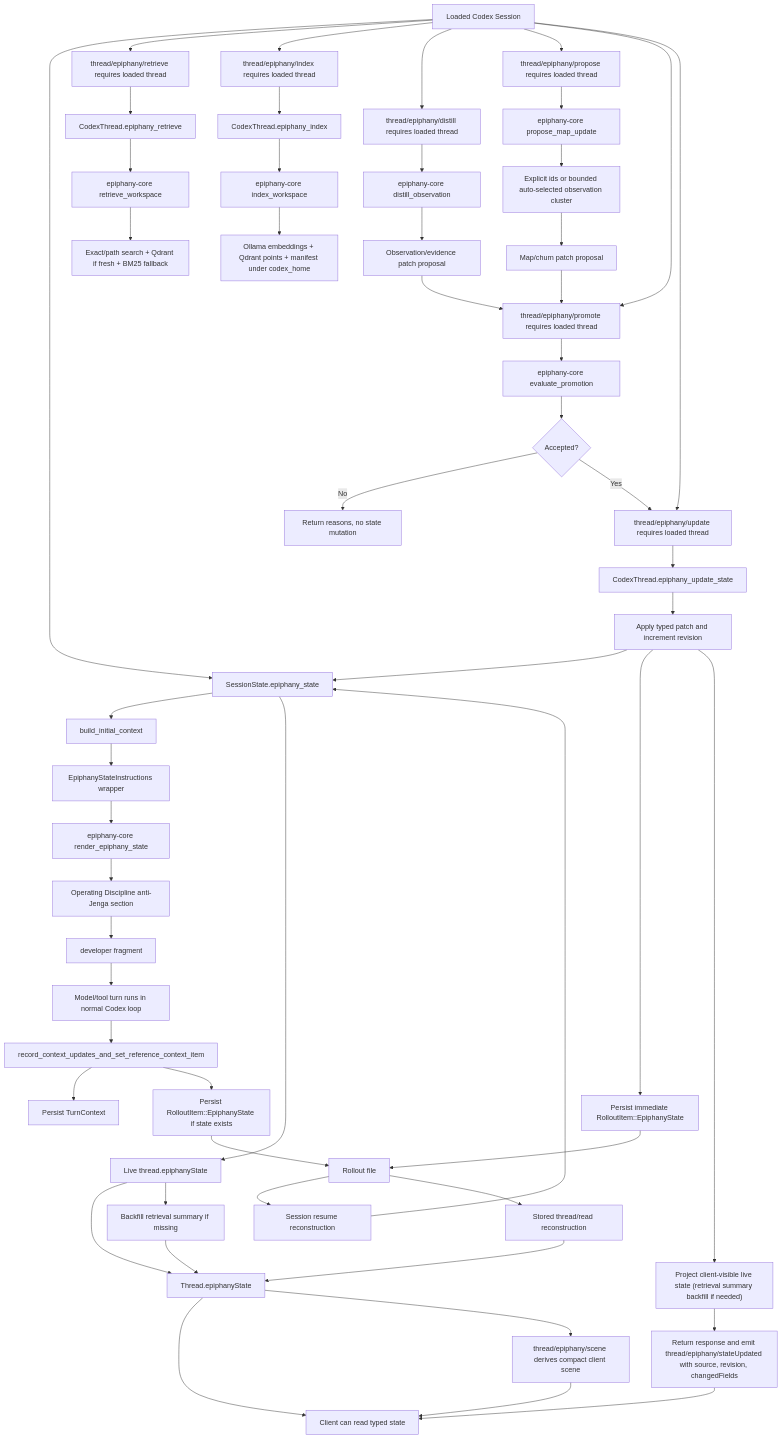
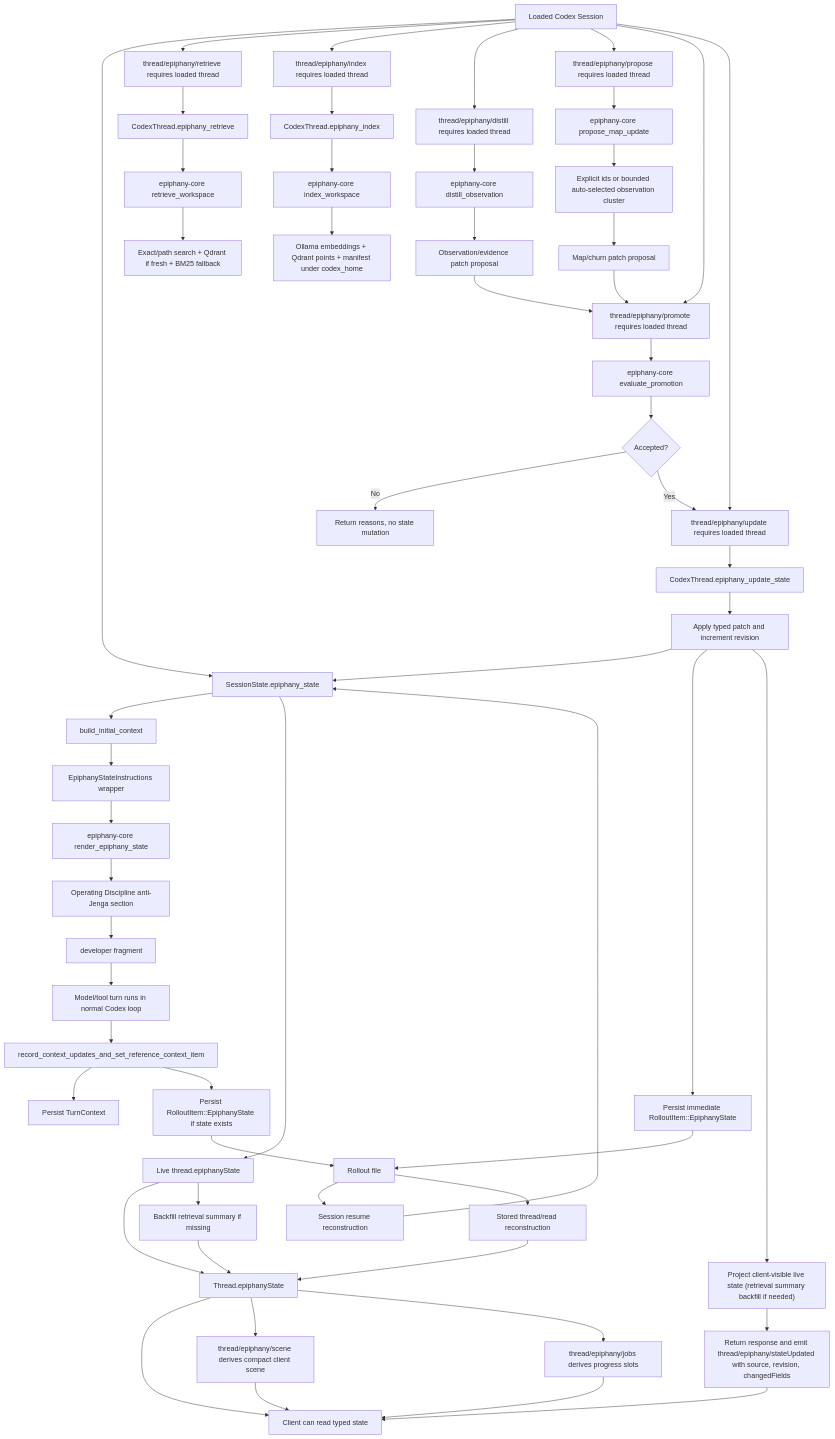
Before and after one commit to GameCult/Epiphany: the diagram in notes/epiphany-current-algorithmic-map.md, drawn with Mermaid. The commit also changed other lines of this file and 18 other files, not shown here.

````diff
--- a/notes/epiphany-current-algorithmic-map.md
+++ b/notes/epiphany-current-algorithmic-map.md
@@ -39,56 +40,58 @@
 ```mermaid
 flowchart TD
     A["Loaded Codex Session"] --> B["SessionState.epiphany_state"]
     B --> C["build_initial_context"]
     C --> D["EpiphanyStateInstructions wrapper"]
     D --> E["epiphany-core render_epiphany_state"]
     E --> EA["Operating Discipline anti-Jenga section"]
     EA --> F["<epiphany_state> developer fragment"]
     F --> G["Model/tool turn runs in normal Codex loop"]
     G --> H["record_context_updates_and_set_reference_context_item"]
     H --> I["Persist TurnContext"]
     H --> J["Persist RolloutItem::EpiphanyState if state exists"]
     J --> K["Rollout file"]
     K --> L["Session resume reconstruction"]
     L --> B
     K --> M["Stored thread/read reconstruction"]
     M --> N["Thread.epiphanyState"]
     B --> O["Live thread.epiphanyState"]
     O --> N
     O --> P["Backfill retrieval summary if missing"]
     P --> N
     N --> Q["Client can read typed state"]
     N --> QS["thread/epiphany/scene derives compact client scene"]
     QS --> Q
+    N --> QJ["thread/epiphany/jobs derives progress slots"]
+    QJ --> Q
     A --> R["thread/epiphany/retrieve requires loaded thread"]
     A --> S["thread/epiphany/index requires loaded thread"]
     A --> AA["thread/epiphany/distill requires loaded thread"]
     A --> AH["thread/epiphany/propose requires loaded thread"]
     A --> AD["thread/epiphany/promote requires loaded thread"]
     A --> Z["thread/epiphany/update requires loaded thread"]
     AA --> AB["epiphany-core distill_observation"]
     AB --> AC["Observation/evidence patch proposal"]
     AC --> AD
     AH --> AI["epiphany-core propose_map_update"]
     AI --> AIA["Explicit ids or bounded auto-selected observation cluster"]
     AIA --> AJ["Map/churn patch proposal"]
     AJ --> AD
     AD --> AE["epiphany-core evaluate_promotion"]
     AE --> AF{"Accepted?"}
     AF -->|"No"| AG["Return reasons, no state mutation"]
     AF -->|"Yes"| Z
     R --> T["CodexThread.epiphany_retrieve"]
     S --> U["CodexThread.epiphany_index"]
     Z --> ZA["CodexThread.epiphany_update_state"]
     ZA --> ZB["Apply typed patch and increment revision"]
     ZB --> B
     ZB --> ZC["Persist immediate RolloutItem::EpiphanyState"]
     ZB --> ZD["Project client-visible live state (retrieval summary backfill if needed)"]
     ZD --> ZE["Return response and emit thread/epiphany/stateUpdated with source, revision, changedFields"]
     ZE --> Q
     ZC --> K
     T --> V["epiphany-core retrieve_workspace"]
     U --> W["epiphany-core index_workspace"]
     V --> X["Exact/path search + Qdrant if fresh + BM25 fallback"]
     W --> Y["Ollama embeddings + Qdrant points + manifest under codex_home"]
 ```
````
